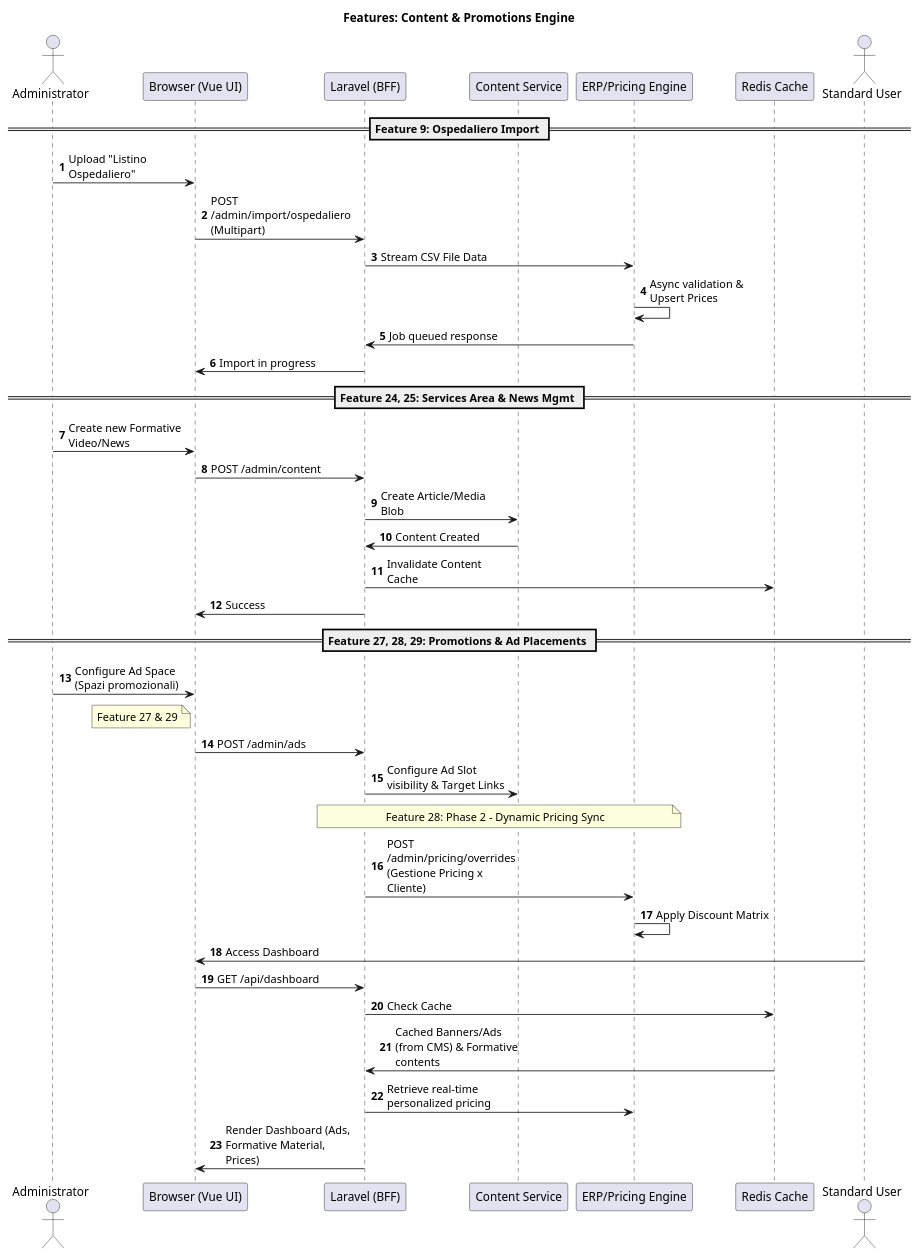
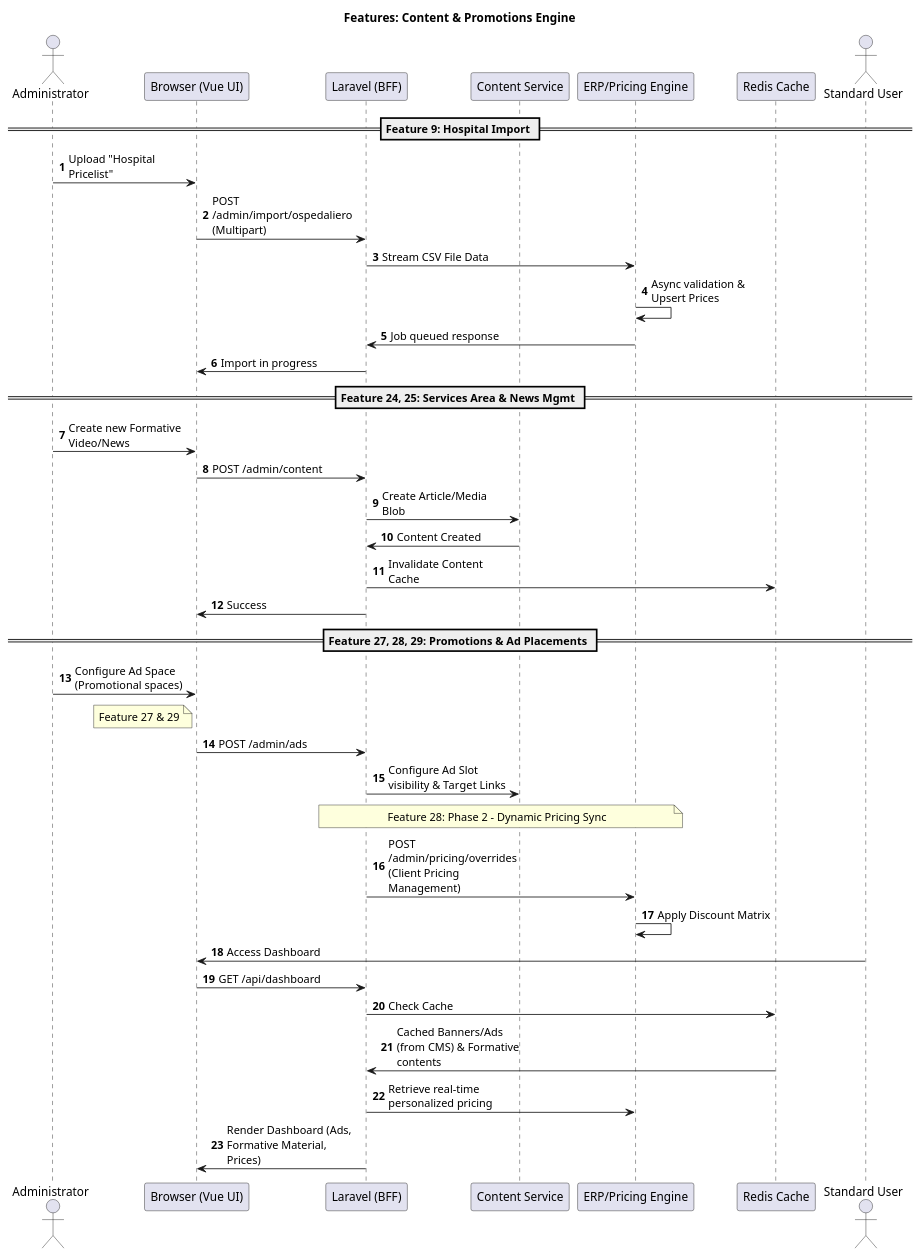
Before and after one commit to gant85/ospedaliero-design: the diagram in docs/diagrams/sequence-feat-content-promo.puml, drawn with PlantUML. The commit also changed 14 other files, not shown here.

```diff
--- a/docs/diagrams/sequence-feat-content-promo.puml
+++ b/docs/diagrams/sequence-feat-content-promo.puml
@@ -1,50 +1,50 @@
 @startuml
 title Features: Content & Promotions Engine
 skinparam maxMessageSize 150
 autonumber
 
 actor "Administrator" as Admin
 participant "Browser (Vue UI)" as Browser
 participant "Laravel (BFF)" as BFF
 participant "Content Service" as CMS
 participant "ERP/Pricing Engine" as ERP
 participant "Redis Cache" as Cache
 actor "Standard User" as User
 
-== Feature 9: Ospedaliero Import ==
+== Feature 9: Hospital Import ==
 
-Admin -> Browser: Upload "Listino Ospedaliero"
+Admin -> Browser: Upload "Hospital Pricelist"
 Browser -> BFF: POST /admin/import/ospedaliero (Multipart)
 BFF -> ERP: Stream CSV File Data
 ERP -> ERP: Async validation & Upsert Prices
 ERP -> BFF: Job queued response
 BFF -> Browser: Import in progress
 
 == Feature 24, 25: Services Area & News Mgmt ==
 
 Admin -> Browser: Create new Formative Video/News
 Browser -> BFF: POST /admin/content
 BFF -> CMS: Create Article/Media Blob
 CMS -> BFF: Content Created
 BFF -> Cache: Invalidate Content Cache
 BFF -> Browser: Success
 
 == Feature 27, 28, 29: Promotions & Ad Placements ==
 
-Admin -> Browser: Configure Ad Space (Spazi promozionali)
+Admin -> Browser: Configure Ad Space (Promotional spaces)
 note left of Browser: Feature 27 & 29
 Browser -> BFF: POST /admin/ads
 BFF -> CMS: Configure Ad Slot visibility & Target Links
 
 note over BFF, ERP: Feature 28: Phase 2 - Dynamic Pricing Sync
-BFF -> ERP: POST /admin/pricing/overrides (Gestione Pricing x Cliente)
+BFF -> ERP: POST /admin/pricing/overrides (Client Pricing Management)
 ERP -> ERP: Apply Discount Matrix
 
 User -> Browser: Access Dashboard
 Browser -> BFF: GET /api/dashboard
 BFF -> Cache: Check Cache
 Cache -> BFF: Cached Banners/Ads (from CMS) & Formative contents
 BFF -> ERP: Retrieve real-time personalized pricing
 BFF -> Browser: Render Dashboard (Ads, Formative Material, Prices)
 
 @enduml
```
